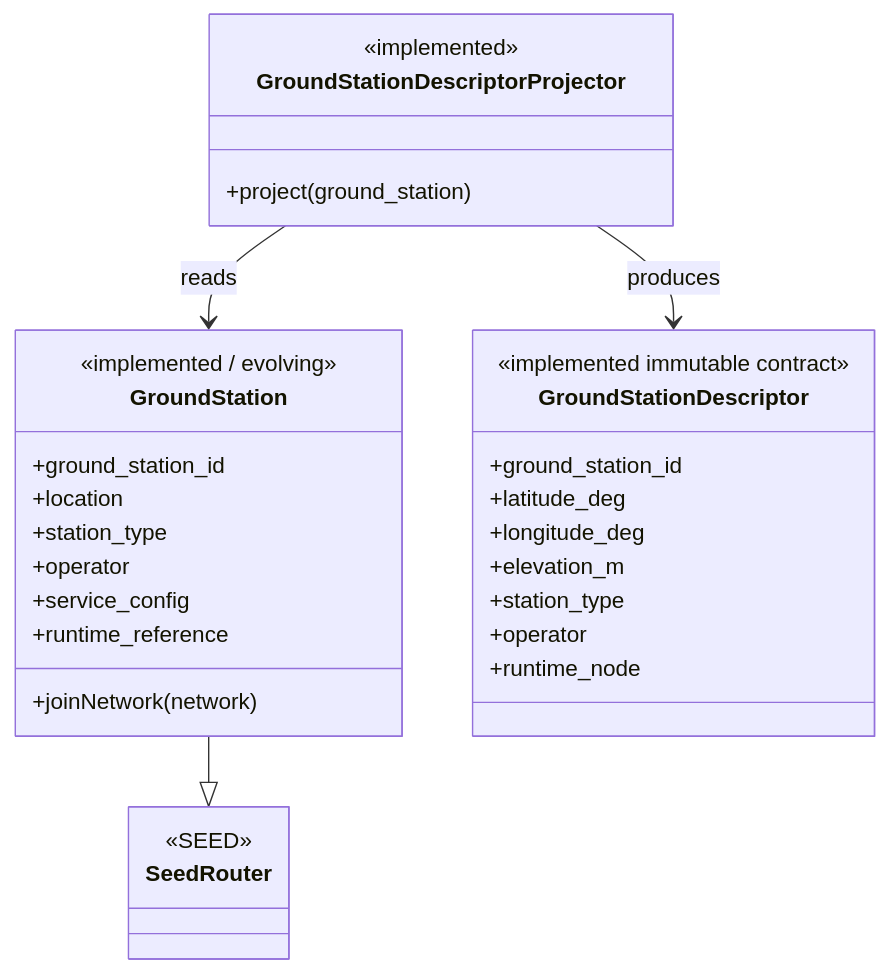
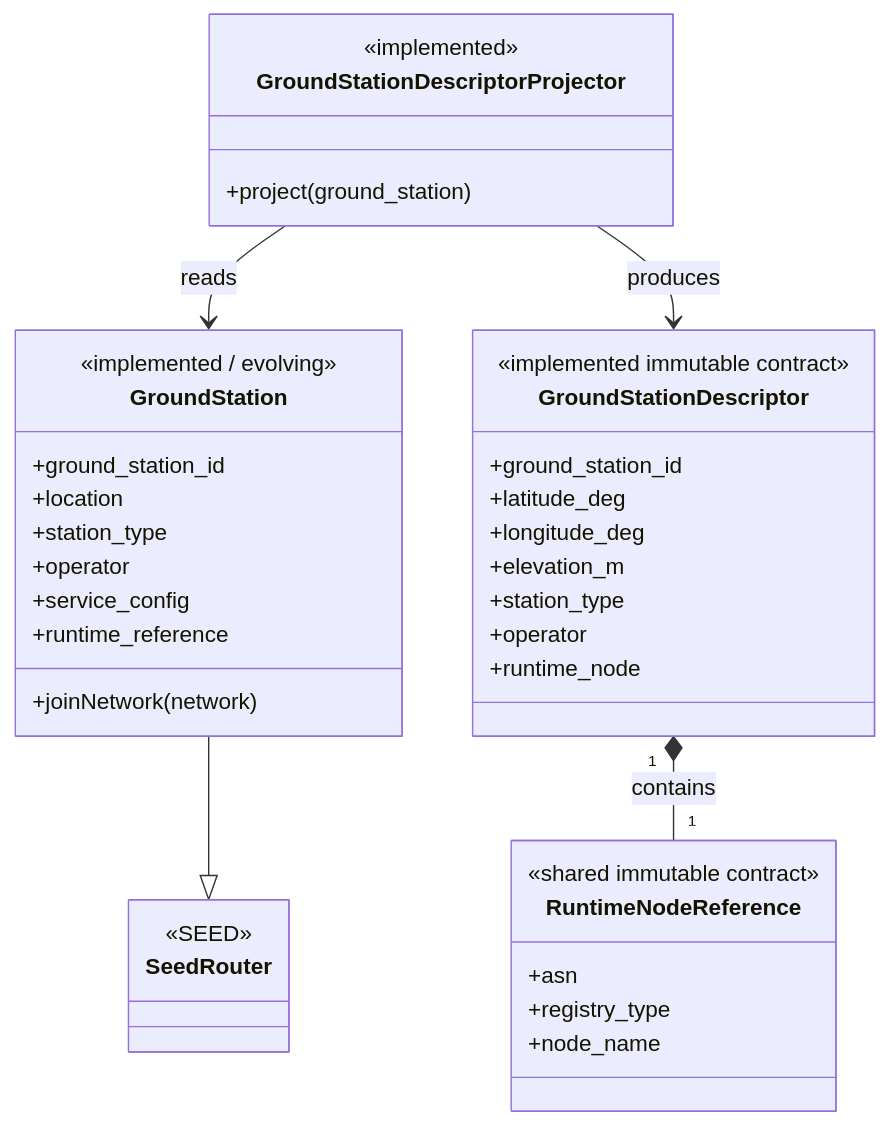
One commit to seed-labs/skyseed changed the seventh of 7 diagrams in skyseed_v2/docs/architecture/diagrams.md. Above: the diagram before and after it, drawn with Mermaid. The commit also changed other lines of this file and 11 other files, not shown here.

Commit message:
Move runtime node reference to shared contract

````diff
--- a/skyseed_v2/docs/architecture/diagrams.md
+++ b/skyseed_v2/docs/architecture/diagrams.md
@@ -164,37 +165,45 @@
 ```mermaid
 classDiagram
     class GroundStation {
         <<implemented / evolving>>
         +ground_station_id
         +location
         +station_type
         +operator
         +service_config
         +runtime_reference
         +joinNetwork(network)
     }
 
     class SeedRouter {
         <<SEED>>
     }
 
     class GroundStationDescriptorProjector {
         <<implemented>>
         +project(ground_station)
     }
 
     class GroundStationDescriptor {
         <<implemented immutable contract>>
         +ground_station_id
         +latitude_deg
         +longitude_deg
         +elevation_m
         +station_type
         +operator
         +runtime_node
     }
 
+    class RuntimeNodeReference {
+        <<shared immutable contract>>
+        +asn
+        +registry_type
+        +node_name
+    }
+
     GroundStation --|> SeedRouter
     GroundStationDescriptorProjector --> GroundStation : reads
     GroundStationDescriptorProjector --> GroundStationDescriptor : produces
+    GroundStationDescriptor "1" *-- "1" RuntimeNodeReference : contains
 ```
````
